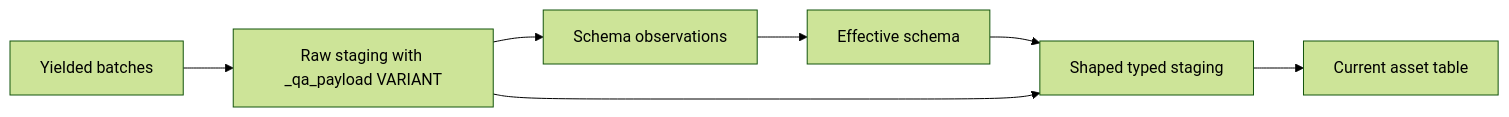
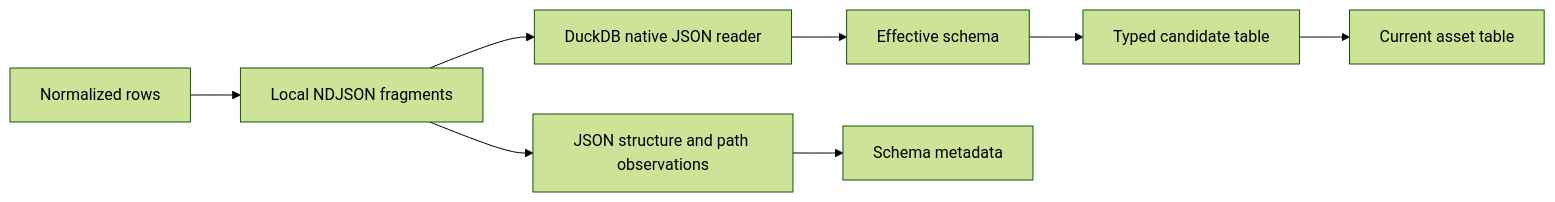
One commit to RFARQ3/assquack changed the diagram in docs/schema-inference.md. Above: the diagram before and after it, drawn with Mermaid (forest theme). The commit also changed other lines of this file and 27 other files, not shown here.

First line of the commit message:
feat(ingestion): replace VARIANT staging with NDJSON fragments

````diff
--- a/docs/schema-inference.md
+++ b/docs/schema-inference.md
@@ -31,9 +9,10 @@
 ```mermaid
 flowchart LR
-  Yielded[Yielded batches] --> Raw[Raw staging with _qa_payload VARIANT]
-  Raw --> Observe[Schema observations]
-  Observe --> Resolve[Effective schema]
-  Resolve --> Shaped[Shaped typed staging]
-  Raw --> Shaped
-  Shaped --> Current[Current asset table]
+  Rows[Normalized rows] --> Fragments[Local NDJSON fragments]
+  Fragments --> Reader[DuckDB native JSON reader]
+  Fragments --> Observe[JSON structure and path observations]
+  Reader --> Resolve[Effective schema]
+  Observe --> Metadata[Schema metadata]
+  Resolve --> Candidate[Typed candidate table]
+  Candidate --> Current[Current asset table]
 ```
````
